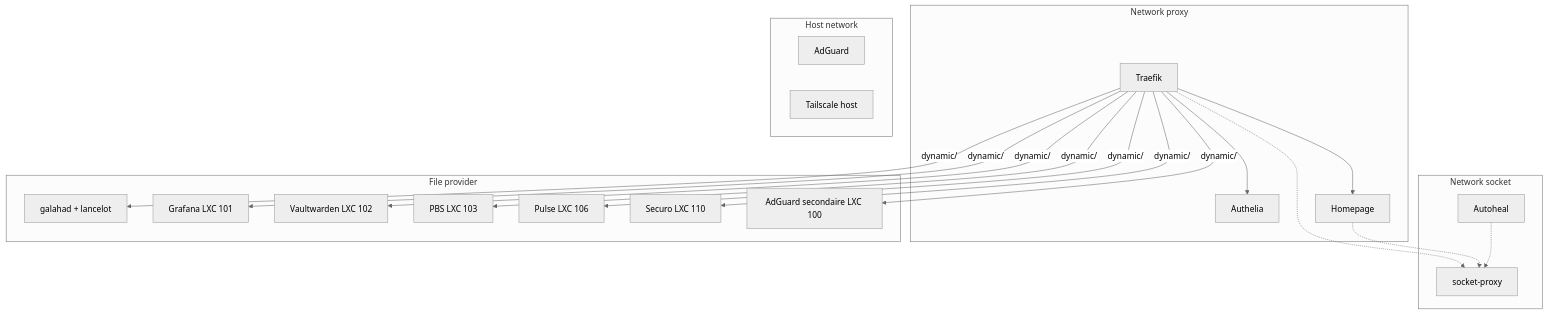
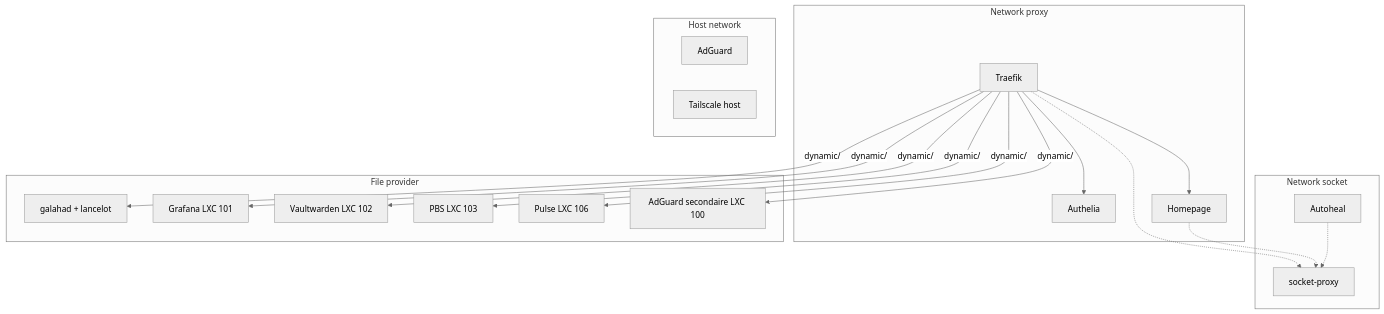
Before and after one commit to GabinSMD/homelab-doc: the diagram in docs/services/index.md, drawn with Mermaid (neutral theme). The commit also changed other lines of this file and 4 other files, not shown here.

First line of the commit message:
docs: LXC 105 (sucre) et 110 (securo) detruits le 2026-11-03

````diff
--- a/docs/services/index.md
+++ b/docs/services/index.md
@@ -110,29 +109,28 @@
 ```mermaid
 graph TB
     subgraph Network proxy
         Traefik --> Authelia
         Traefik --> Homepage
     end
 
     subgraph Network socket
         SP[socket-proxy]
         Traefik -.-> SP
         Homepage -.-> SP
         Autoheal -.-> SP
     end
 
     subgraph Host network
         AdGuard
         Tailscale[Tailscale host]
     end
 
     subgraph File provider
         Traefik -->|dynamic/| PVE[galahad + lancelot]
         Traefik -->|dynamic/| Logs[Grafana LXC 101]
         Traefik -->|dynamic/| Vault[Vaultwarden LXC 102]
         Traefik -->|dynamic/| PBS[PBS LXC 103]
         Traefik -->|dynamic/| Pulse[Pulse LXC 106]
-        Traefik -->|dynamic/| Securo[Securo LXC 110]
         Traefik -->|dynamic/| DnsFO[AdGuard secondaire LXC 100]
     end
 ```
````
